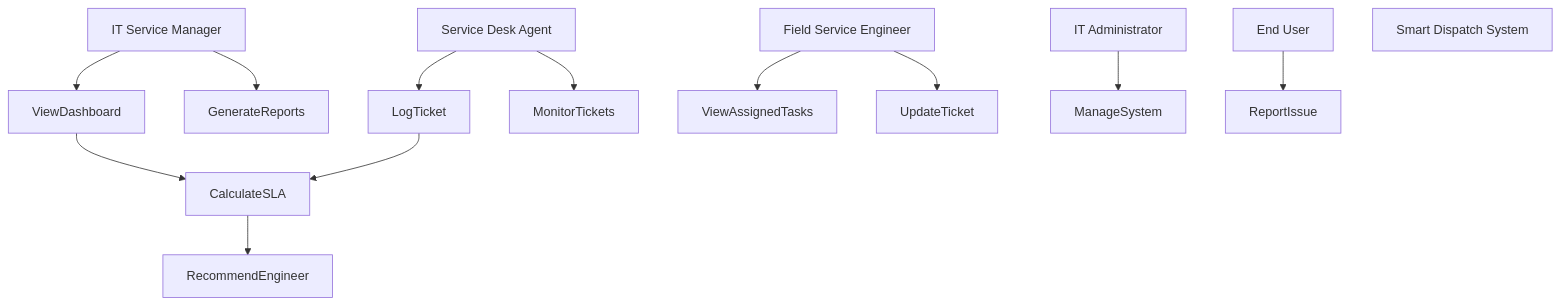
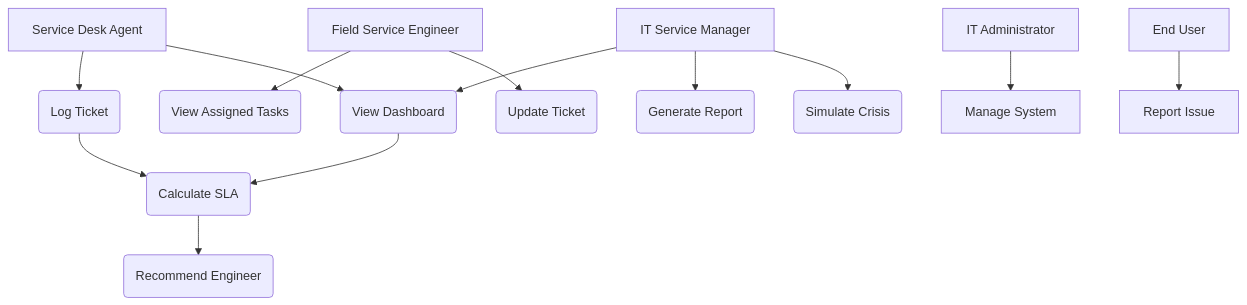
One commit to Asante071/s3g-smart-dispatch-system changed the diagram in USE_CASE_DIAGRAM.md. Above: the diagram before and after it, drawn with Mermaid. The commit also changed other lines of this file and 3 other files, not shown here.

````diff
--- a/USE_CASE_DIAGRAM.md
+++ b/USE_CASE_DIAGRAM.md
@@ -3,27 +3,40 @@
 ```mermaid
 flowchart TD
 
+%% Actors
 Manager[IT Service Manager]
 Engineer[Field Service Engineer]
 Agent[Service Desk Agent]
 Admin[IT Administrator]
 User[End User]
-System[Smart Dispatch System]
 
-Manager --> ViewDashboard
-Manager --> GenerateReports
+%% Use Cases
+UC1(View Dashboard)
+UC2(Log Ticket)
+UC3(Calculate SLA)
+UC4(Recommend Engineer)
+UC5(View Assigned Tasks)
+UC6(Update Ticket)
+UC7(Generate Report)
+UC8(Simulate Crisis)
 
-Agent --> LogTicket
-Agent --> MonitorTickets
+%% Relationships
+Manager --> UC1
+Manager --> UC7
+Manager --> UC8
 
-Engineer --> ViewAssignedTasks
-Engineer --> UpdateTicket
+Agent --> UC2
+Agent --> UC1
 
-Admin --> ManageSystem
+Engineer --> UC5
+Engineer --> UC6
 
-User --> ReportIssue
+Admin --> ManageSystem[Manage System]
 
-ViewDashboard --> CalculateSLA
-LogTicket --> CalculateSLA
-CalculateSLA --> RecommendEngineer
+User --> ReportIssue[Report Issue]
+
+%% Include relationships
+UC2 --> UC3
+UC3 --> UC4
+UC1 --> UC3
 ```
````
